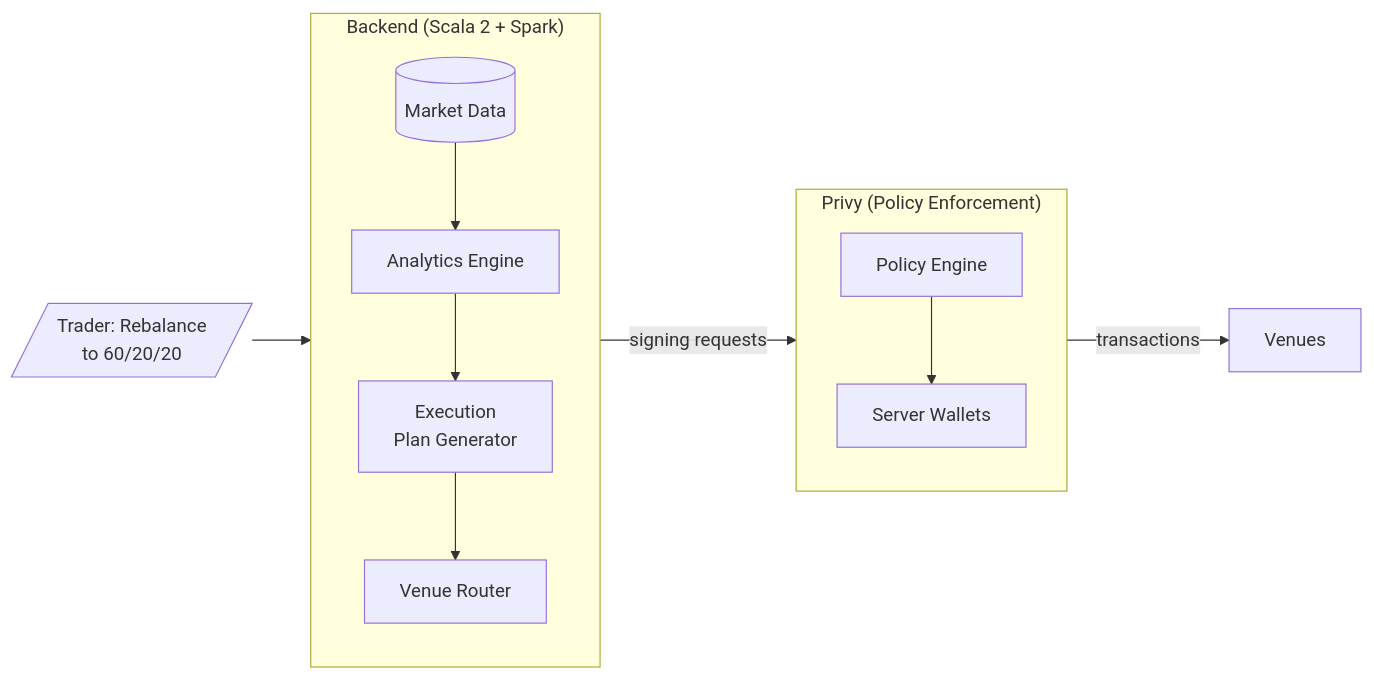
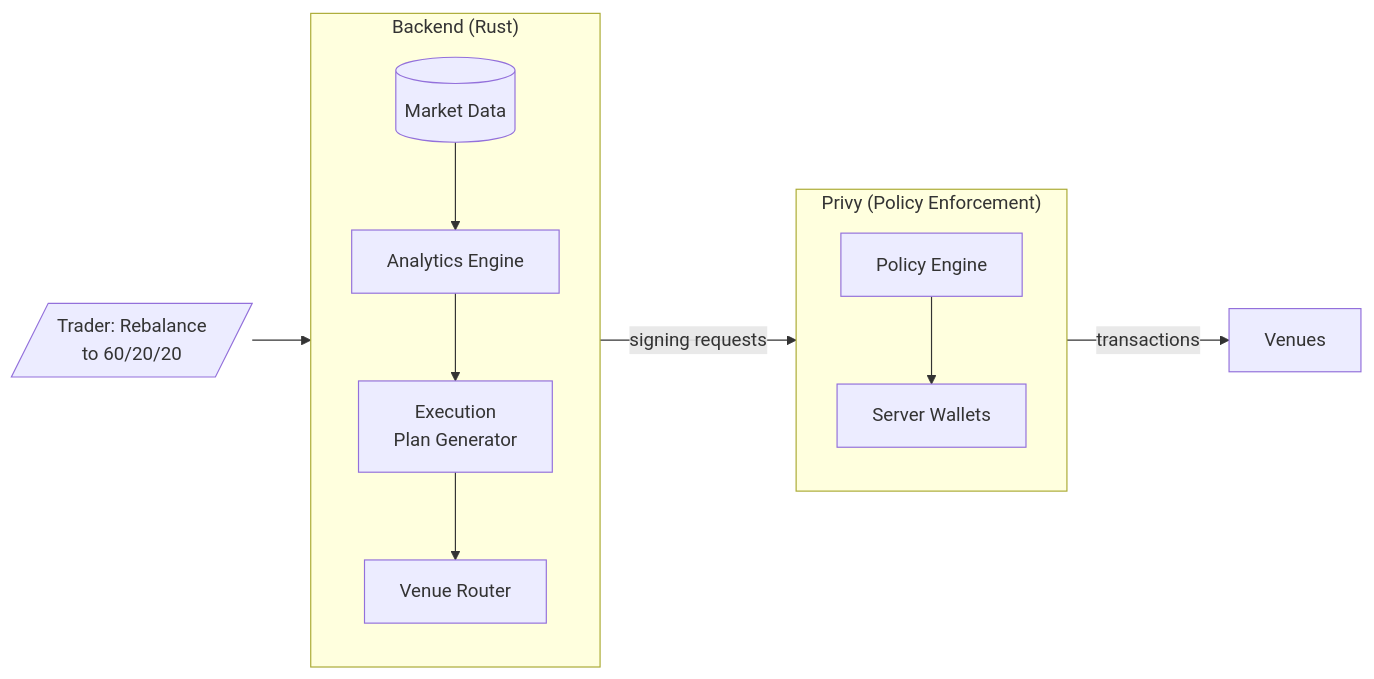
Before and after one commit to dataclique/moneymentum: the first of 2 diagrams in SPEC.md, drawn with Mermaid. The commit also changed other lines of this file, not shown here.

Commit message:
bye bye scala, hello rust

````diff
--- a/SPEC.md
+++ b/SPEC.md
@@ -78,26 +78,26 @@
 ```mermaid
 flowchart LR
     T[/"Trader: Rebalance<br/>to 60/20/20"/]
 
-    subgraph Backend["Backend (Scala 2 + Spark)"]
+    subgraph Backend["Backend (Rust)"]
         direction TB
         DATA[(Market Data)]
         ANAL[Analytics Engine]
         PLAN[Execution<br/>Plan Generator]
         ROUTE[Venue Router]
         DATA --> ANAL --> PLAN --> ROUTE
     end
 
     subgraph Privy["Privy (Policy Enforcement)"]
         direction TB
         POL[Policy Engine]
         WALLET[Server Wallets]
         POL --> WALLET
     end
 
     V[Venues]
 
     T --> PLAN
     ROUTE -->|signing requests| POL
     WALLET -->|transactions| V
 ```
````
